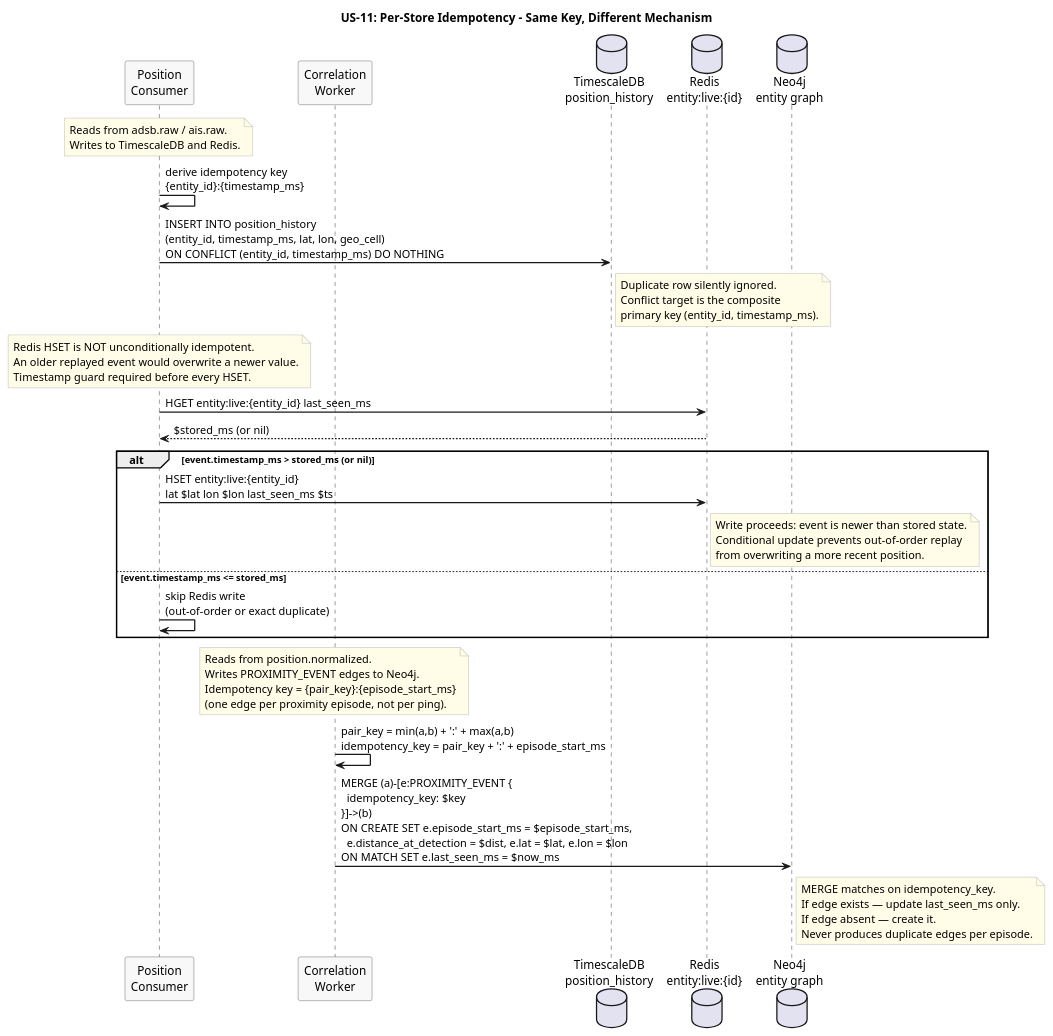
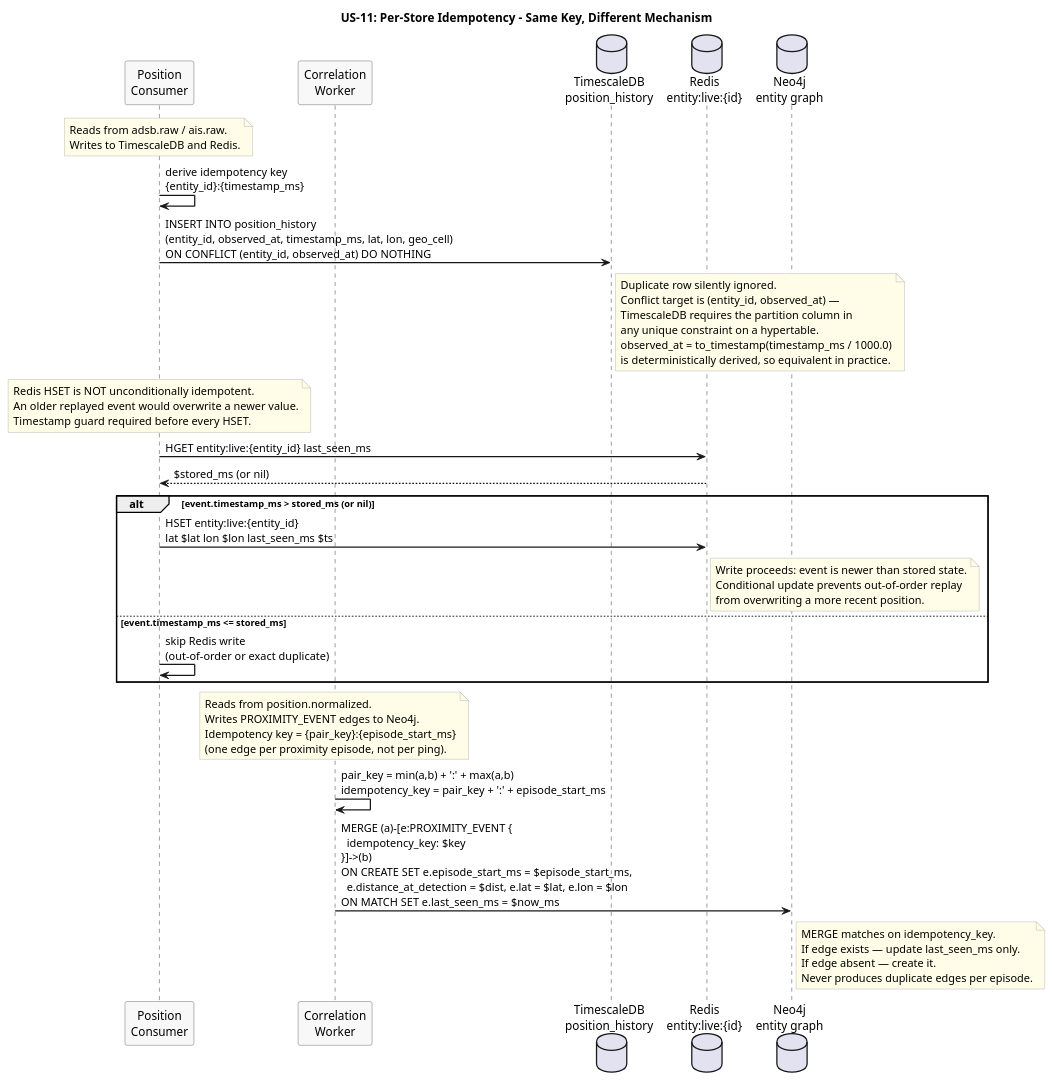
One commit to Buffden/sentinel changed the diagram in docs/use-cases/US-11-idempotent-writes/per-store-idempotency.puml. Above: the diagram before and after it, drawn with PlantUML. The commit also changed 9 other files, not shown here.

First line of the commit message:
use-cases: update all diagrams and docs for 14-issue correctness sweep

```diff
--- a/docs/use-cases/US-11-idempotent-writes/per-store-idempotency.puml
+++ b/docs/use-cases/US-11-idempotent-writes/per-store-idempotency.puml
@@ -1,69 +1,72 @@
 @startuml per-store-idempotency
 title US-11: Per-Store Idempotency - Same Key, Different Mechanism
 
 skinparam sequenceArrowThickness 1.5
 skinparam participantBorderColor #555555
 skinparam participantBackgroundColor #F8F8F8
 skinparam noteBorderColor #AAAAAA
 skinparam noteBackgroundColor #FFFDE7
 
 participant "Position\nConsumer" as PosConsumer
 participant "Correlation\nWorker" as CorrWorker
 database "TimescaleDB\nposition_history" as TSDB
 database "Redis\nentity:live:{id}" as Redis
 database "Neo4j\nentity graph" as Neo4j
 
 note over PosConsumer
   Reads from adsb.raw / ais.raw.
   Writes to TimescaleDB and Redis.
 end note
 
 PosConsumer -> PosConsumer : derive idempotency key\n{entity_id}:{timestamp_ms}
 
-PosConsumer -> TSDB : INSERT INTO position_history\n(entity_id, timestamp_ms, lat, lon, geo_cell)\nON CONFLICT (entity_id, timestamp_ms) DO NOTHING
+PosConsumer -> TSDB : INSERT INTO position_history\n(entity_id, observed_at, timestamp_ms, lat, lon, geo_cell)\nON CONFLICT (entity_id, observed_at) DO NOTHING
 
 note right of TSDB
   Duplicate row silently ignored.
-  Conflict target is the composite
-  primary key (entity_id, timestamp_ms).
+  Conflict target is (entity_id, observed_at) —
+  TimescaleDB requires the partition column in
+  any unique constraint on a hypertable.
+  observed_at = to_timestamp(timestamp_ms / 1000.0)
+  is deterministically derived, so equivalent in practice.
 end note
 
 note over PosConsumer
   Redis HSET is NOT unconditionally idempotent.
   An older replayed event would overwrite a newer value.
   Timestamp guard required before every HSET.
 end note
 
 PosConsumer -> Redis : HGET entity:live:{entity_id} last_seen_ms
 Redis --> PosConsumer : $stored_ms (or nil)
 
 alt event.timestamp_ms > stored_ms (or nil)
   PosConsumer -> Redis : HSET entity:live:{entity_id}\nlat $lat lon $lon last_seen_ms $ts
   note right of Redis
     Write proceeds: event is newer than stored state.
     Conditional update prevents out-of-order replay
     from overwriting a more recent position.
   end note
 else event.timestamp_ms <= stored_ms
   PosConsumer -> PosConsumer : skip Redis write\n(out-of-order or exact duplicate)
 end
 
 note over CorrWorker
   Reads from position.normalized.
   Writes PROXIMITY_EVENT edges to Neo4j.
   Idempotency key = {pair_key}:{episode_start_ms}
   (one edge per proximity episode, not per ping).
 end note
 
 CorrWorker -> CorrWorker : pair_key = min(a,b) + ':' + max(a,b)\nidempotency_key = pair_key + ':' + episode_start_ms
 
 CorrWorker -> Neo4j : MERGE (a)-[e:PROXIMITY_EVENT {\n  idempotency_key: $key\n}]->(b)\nON CREATE SET e.episode_start_ms = $episode_start_ms,\n  e.distance_at_detection = $dist, e.lat = $lat, e.lon = $lon\nON MATCH SET e.last_seen_ms = $now_ms
 
 note right of Neo4j
   MERGE matches on idempotency_key.
   If edge exists — update last_seen_ms only.
   If edge absent — create it.
   Never produces duplicate edges per episode.
 end note
 
 @enduml
```
